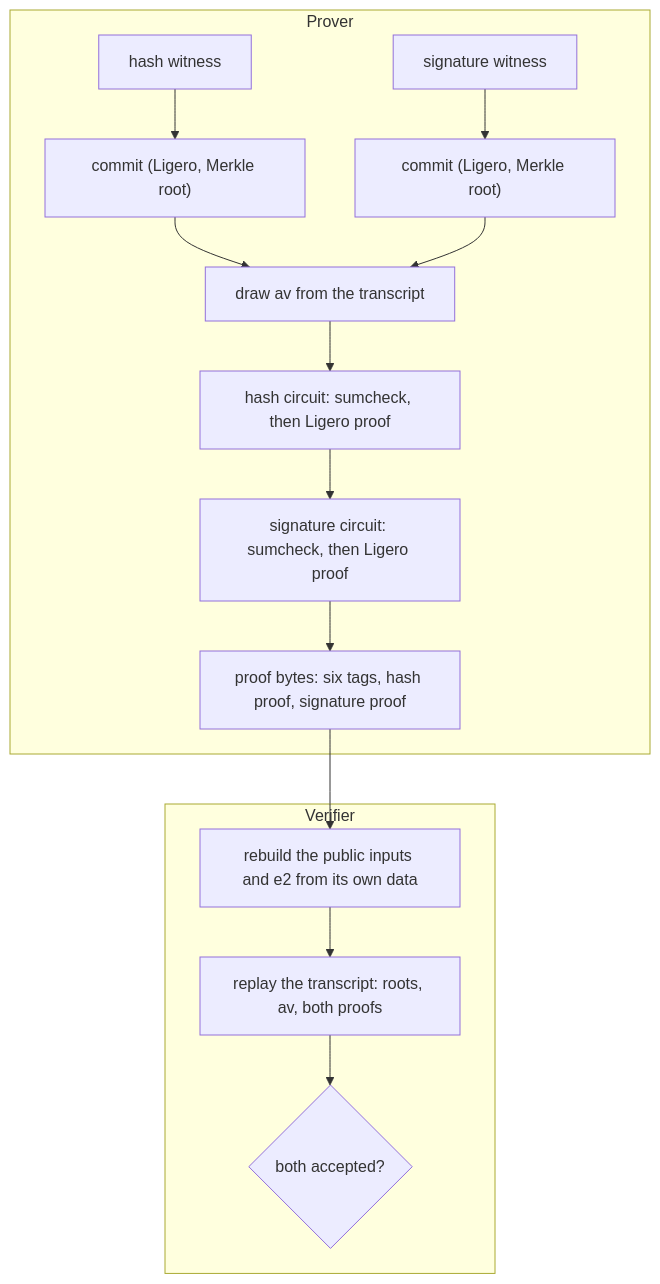
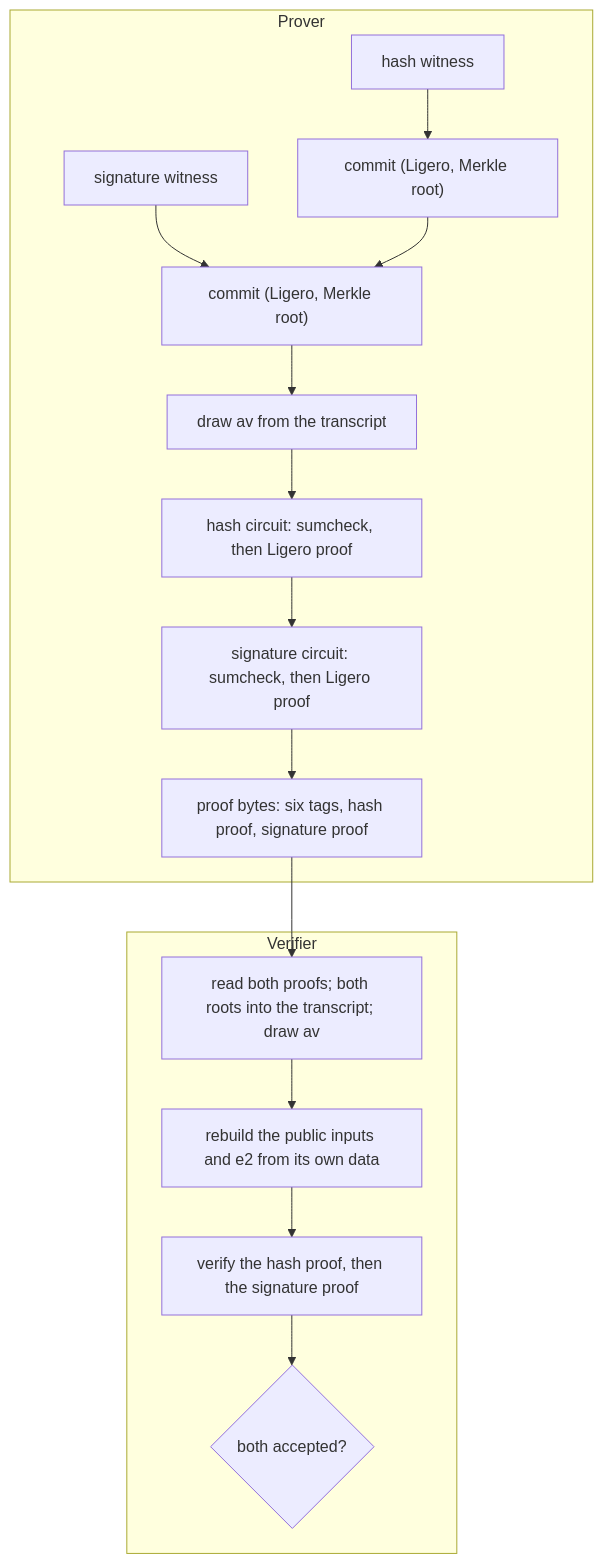
One commit to cyberverso-net/longfellow-spark changed the third of 3 diagrams in docs/guide/00-primer-cryptography.md. Above: the diagram before and after it, drawn with Mermaid. The commit also changed other lines of this file and 19 other files, not shown here.

````diff
--- a/docs/guide/00-primer-cryptography.md
+++ b/docs/guide/00-primer-cryptography.md
@@ -724,17 +726,18 @@
 ```mermaid
 flowchart TB
   subgraph prover [Prover]
     W1["hash witness"] --> C1["commit (Ligero, Merkle root)"]
     W2["signature witness"] --> C2["commit (Ligero, Merkle root)"]
-    C1 --> AV["draw av from the transcript"]
-    C2 --> AV
+    C1 --> C2
+    C2 --> AV["draw av from the transcript"]
     AV --> S1["hash circuit: sumcheck, then Ligero proof"]
     S1 --> S2["signature circuit: sumcheck, then Ligero proof"]
     S2 --> P["proof bytes: six tags, hash proof, signature proof"]
   end
   subgraph verifier [Verifier]
-    P --> B["rebuild the public inputs and e2 from its own data"]
-    B --> R["replay the transcript: roots, av, both proofs"]
-    R --> D{"both accepted?"}
+    P --> R["read both proofs; both roots into the transcript; draw av"]
+    R --> B["rebuild the public inputs and e2 from its own data"]
+    B --> V["verify the hash proof, then the signature proof"]
+    V --> D{"both accepted?"}
   end
 ```
````
